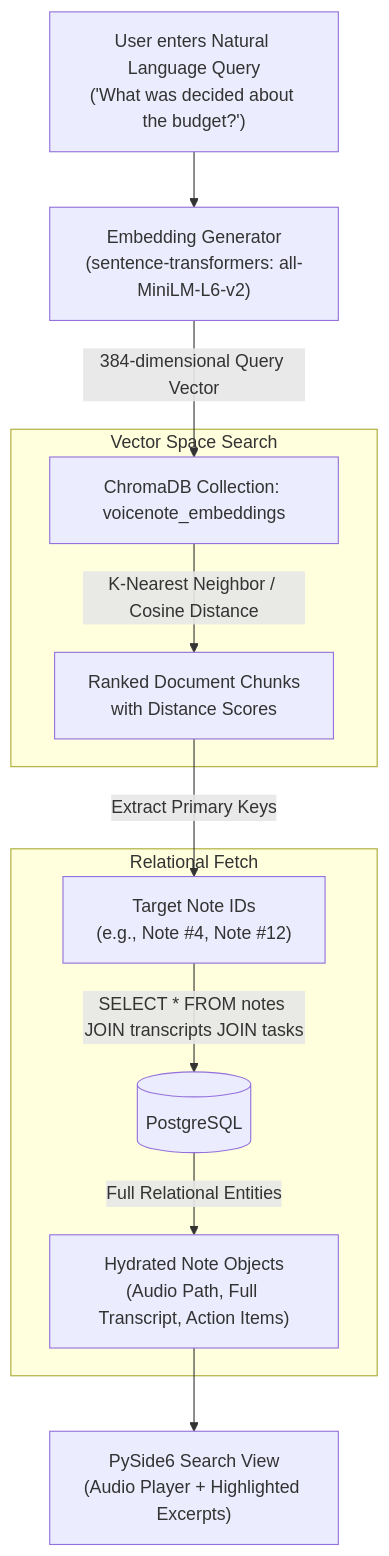
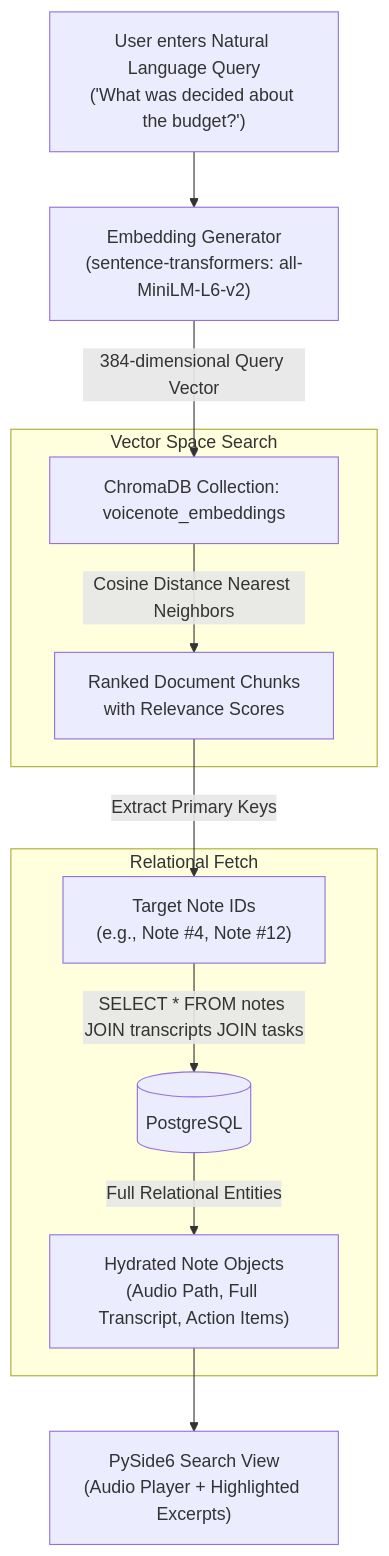
One commit to Samar-365/VoiceNote changed the fourth of 5 diagrams in README.md. Above: the diagram before and after it, drawn with Mermaid. The commit also changed other lines of this file, not shown here.

Commit message:
docs: formalize README with simple workflow, architecture diagrams, and clean formatting

````diff
--- a/README.md
+++ b/README.md
@@ -132,18 +145,18 @@
 ```mermaid
 flowchart TD
     Query["User enters Natural Language Query\n('What was decided about the budget?')"] --> Embed["Embedding Generator\n(sentence-transformers: all-MiniLM-L6-v2)"]
     Embed -->|384-dimensional Query Vector| Cosine["ChromaDB Collection: voicenote_embeddings"]
     
     subgraph ChromaSearch ["Vector Space Search"]
-        Cosine -->|K-Nearest Neighbor / Cosine Distance| Ranks["Ranked Document Chunks\nwith Distance Scores"]
+        Cosine -->|Cosine Distance Nearest Neighbors| Ranks["Ranked Document Chunks\nwith Relevance Scores"]
     end
     
     Ranks -->|Extract Primary Keys| NoteIDs["Target Note IDs\n(e.g., Note #4, Note #12)"]
     
     subgraph PostgresHydration ["Relational Fetch"]
         NoteIDs -->|SELECT * FROM notes JOIN transcripts JOIN tasks| PG[(PostgreSQL)]
         PG -->|Full Relational Entities| Hydrated["Hydrated Note Objects\n(Audio Path, Full Transcript, Action Items)"]
     end
 
     Hydrated --> Render["PySide6 Search View\n(Audio Player + Highlighted Excerpts)"]
 ```
````
